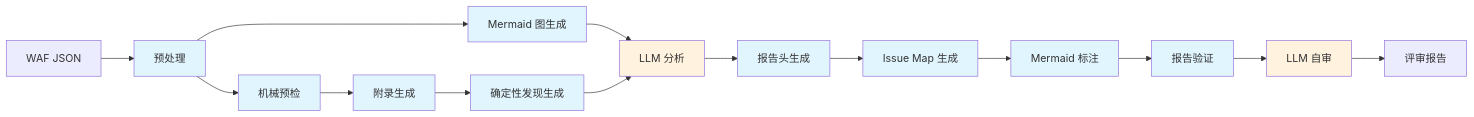
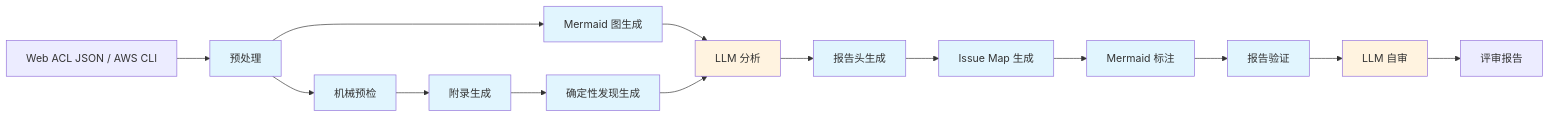
One commit to chenghit/aws-waf-rules-reviewer changed the diagram in README.md. Above: the diagram before and after it, drawn with Mermaid. The commit also changed other lines of this file and 12 other files, not shown here.

First line of the commit message:
feat(v0.5): install-free AGENTS.md workflow, AWS CLI fetch, real logging status

````diff
--- a/README.md
+++ b/README.md
@@ -11,28 +11,28 @@
 ```mermaid
 flowchart LR
-    A["WAF JSON"] --> B["预处理"]
+    A["Web ACL JSON / AWS CLI"] --> B["预处理"]
     B --> C["Mermaid 图生成"]
     B --> D["机械预检"]
     D --> D2["附录生成"]
     D2 --> D3["确定性发现生成"]
     C --> E["LLM 分析"]
     D3 --> E
     E --> E2["报告头生成"]
     E2 --> E3["Issue Map 生成"]
     E3 --> F["Mermaid 标注"]
     F --> G["报告验证"]
     G --> H["LLM 自审"]
     H --> I["评审报告"]
 
     style B fill:#e1f5fe
     style C fill:#e1f5fe
     style D fill:#e1f5fe
     style D2 fill:#e1f5fe
     style D3 fill:#e1f5fe
     style E2 fill:#e1f5fe
     style E3 fill:#e1f5fe
     style F fill:#e1f5fe
     style G fill:#e1f5fe
     style E fill:#fff3e0
     style H fill:#fff3e0
 ```
````
